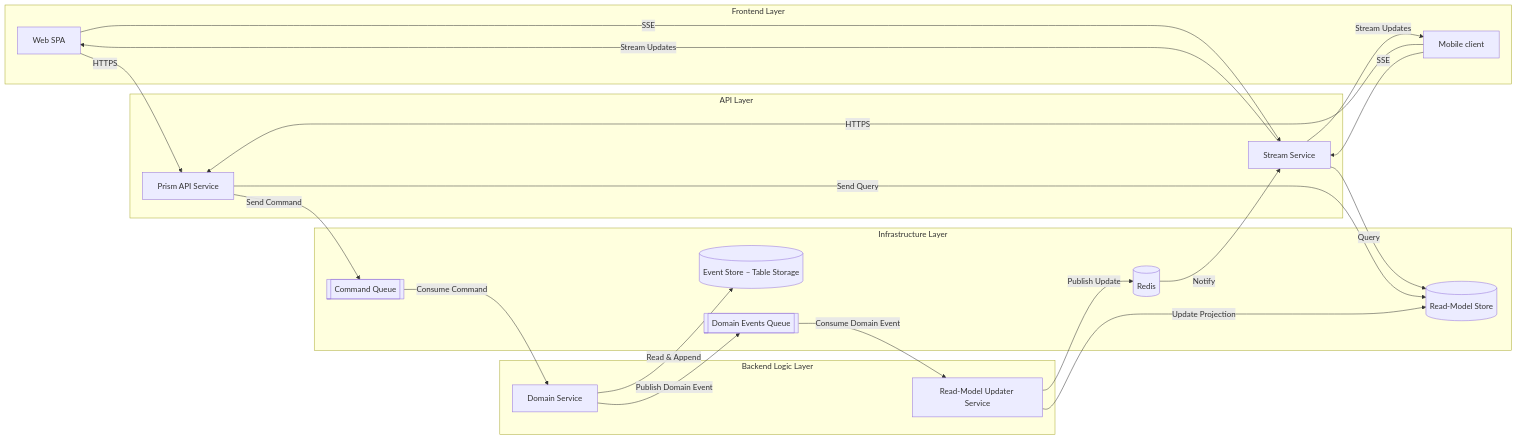
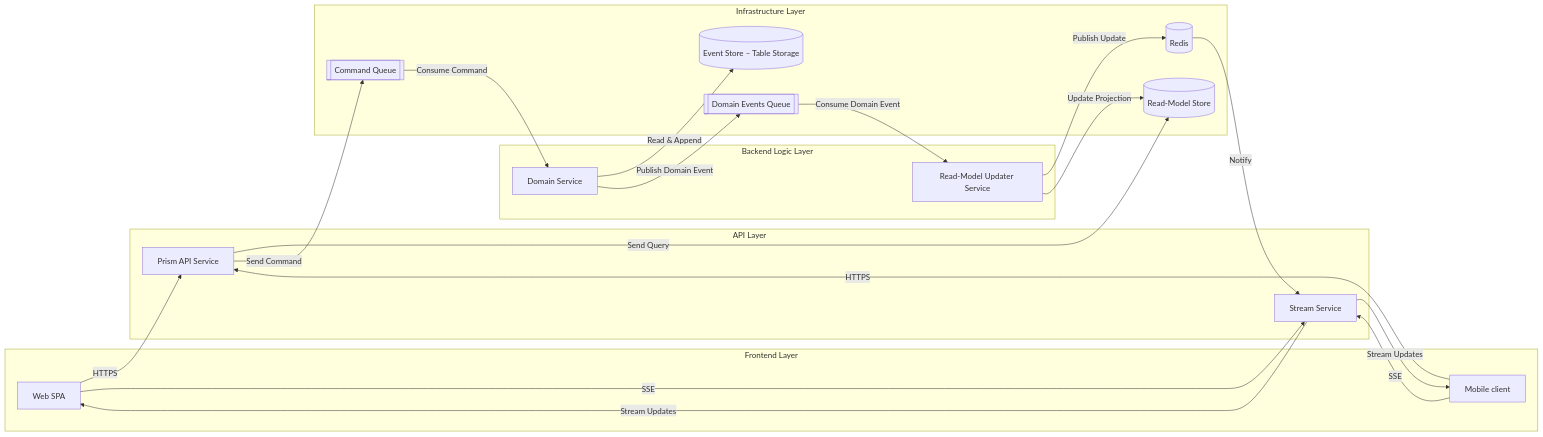
One commit to MisterVVP/prism-plan changed the diagram in docs/es_design.md. Above: the diagram before and after it, drawn with Mermaid.

````diff
--- a/docs/es_design.md
+++ b/docs/es_design.md
@@ -9,47 +9,46 @@
 ```mermaid
 flowchart LR
   %% ─── Frontend ───────────────────
   subgraph FE_LAYER ["Frontend Layer"]
     WFE[Web SPA]
     MFE[Mobile client]
   end
 
   %% ─── API ────────────────────────
   subgraph API_LAYER ["API Layer"]
     API[Prism API Service]
     SS[Stream Service]
   end
 
   %% ─── Backend Logic ──────────────
   subgraph BL_LAYER ["Backend Logic Layer"]
     DS[Domain Service]
     RMU[Read-Model Updater Service]
   end
 
   %% ─── Infrastructure ────────────
   subgraph INFRA_LAYER ["Infrastructure Layer"]
     CQ[[Command Queue]]
     ES[(Event Store – Table Storage)]
     DEQ[[Domain Events Queue]]
     RM[(Read-Model Store)]
     RS[(Redis)]
   end
 
   %% ─── Flows ─────────────────────
   MFE -->|HTTPS| API
   WFE -->|HTTPS| API
   MFE -->|SSE| SS
   WFE -->|SSE| SS
   SS -->|Stream Updates| MFE
   SS -->|Stream Updates| WFE
-  SS -->|Query| RM
   RMU -->|Publish Update| RS
   RS -->|Notify| SS
   API -->|Send Query| RM
   API -->|Send Command| CQ
   CQ -->|Consume Command| DS
   DS -->|Read &amp; Append| ES
   DS -->|Publish Domain Event| DEQ
   DEQ -->|Consume Domain Event| RMU
   RMU -->|Update Projection| RM
 ```
````
